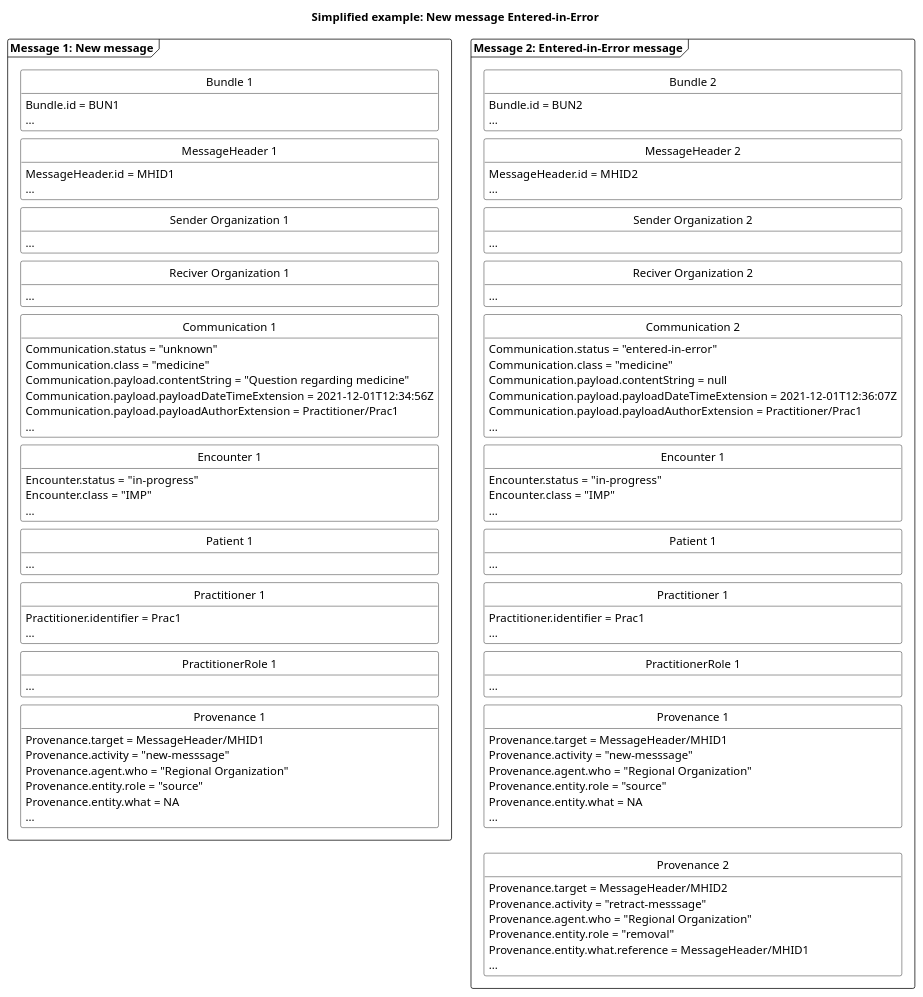
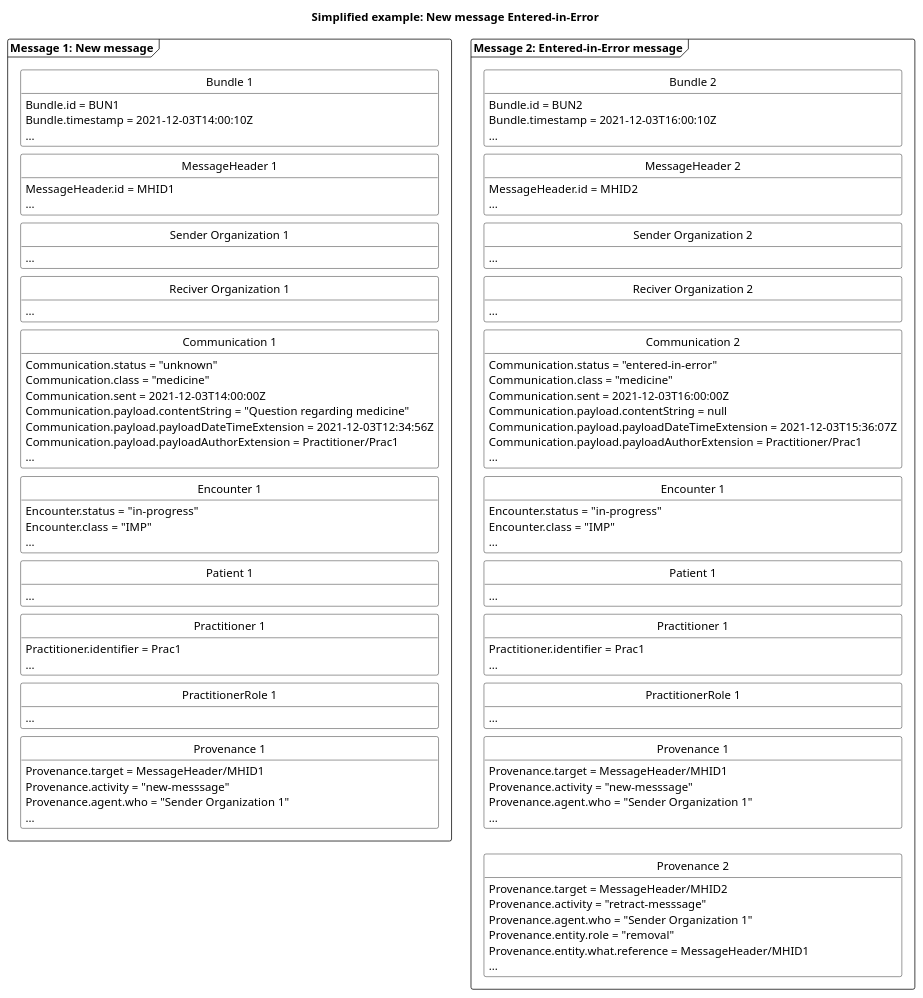
The diagram in puml/CareCommunicationNewMessageEnteredInError.puml (medcomdk/dk-medcom-carecommunication), drawn with PlantUML before and after one commit. The commit also changed 30 other files, not shown here.

```diff
--- a/puml/CareCommunicationNewMessageEnteredInError.puml
+++ b/puml/CareCommunicationNewMessageEnteredInError.puml
@@ -1,155 +1,155 @@
 @startuml CCNewMessageEnteredInError
 
 'layout
 skinparam class {
     BackgroundColor White
     BorderColor Black
     ArrowColor Black
   }
 hide circle
 hide empty members
 skinparam SameClassWidth true
 skinparam Ranksep 10
 
 
 'title
 title Simplified example: New message Entered-in-Error
 
 'Message 1: New message
 package "Message 1: New message" as new <<Frame>>{
     class "Bundle 1" as newB {
         Bundle.id = BUN1
+        Bundle.timestamp = 2021-12-03T14:00:10Z
         ...
     }
     class "MessageHeader 1" as newMH{
         MessageHeader.id = MHID1
         ...
     }
     class "Sender Organization 1" as newSOrg{
         ...
     }
     class "Reciver Organization 1" as newROrg{
         ...
     }
     class "Communication 1" as newCom{
         Communication.status = "unknown"
         Communication.class = "medicine"
+        Communication.sent = 2021-12-03T14:00:00Z
         Communication.payload.contentString = "Question regarding medicine"
-        Communication.payload.payloadDateTimeExtension = 2021-12-01T12:34:56Z
+        Communication.payload.payloadDateTimeExtension = 2021-12-03T12:34:56Z
         Communication.payload.payloadAuthorExtension = Practitioner/Prac1
         ...
     }
     class "Encounter 1" as newENC{
         Encounter.status = "in-progress"
         Encounter.class = "IMP"
         ...
     }
     class "Patient 1" as newPT{
         ...
     }
     class "Practitioner 1" as newPrac{
         Practitioner.identifier = Prac1
         ...
     }
     class "PractitionerRole 1" as newPracR{
         ...
     }
     class "Provenance 1" as newPRO{
         Provenance.target = MessageHeader/MHID1
         Provenance.activity = "new-messsage"
-        Provenance.agent.who = "Regional Organization"
-        Provenance.entity.role = "source"
-        Provenance.entity.what = NA
+        Provenance.agent.who = "Sender Organization 1"
         ...
     }
 
 newB -[hidden]- newMH
 newMH -[hidden]- newSOrg
 newSOrg-[hidden]-newROrg
 newROrg-[hidden]-newCom
 newCom -[hidden]- newENC
 newENC-[hidden]-newPT
 newPT-[hidden]-newPrac
 newPrac-[hidden]-newPracR
 newPracR-[hidden]-newPRO
 
 
 
 }
 
 'Message 2: Entered in Error message
 package "Message 2: Entered-in-Error message" as error <<Frame>>{
     class "Bundle 2" as errorB {
         Bundle.id = BUN2
+        Bundle.timestamp = 2021-12-03T16:00:10Z
         ...
     }
     class "MessageHeader 2" as errorMH{
         MessageHeader.id = MHID2
         ...
     }
     class "Sender Organization 2" as errorSOrg{
         ...
     }
     class "Reciver Organization 2" as errorROrg{
         ...
     }
     class "Communication 2" as newerrorCom{
         Communication.status = "entered-in-error"
         Communication.class = "medicine"
+        Communication.sent = 2021-12-03T16:00:00Z
         Communication.payload.contentString = null
-        Communication.payload.payloadDateTimeExtension = 2021-12-01T12:36:07Z
+        Communication.payload.payloadDateTimeExtension = 2021-12-03T15:36:07Z
         Communication.payload.payloadAuthorExtension = Practitioner/Prac1
         ...
     }
     class "Encounter 1" as newerrorENC{
         Encounter.status = "in-progress"
         Encounter.class = "IMP"
         ...
     }
     class "Patient 1" as newerrorPT{
         ...
     }
     class "Practitioner 1" as newerrorPrac{
         Practitioner.identifier = Prac1
         ...
     }
     class "PractitionerRole 1" as newerrorPracR{
         ...
     }
     class "Provenance 1" as newerrorPRO{
         Provenance.target = MessageHeader/MHID1
         Provenance.activity = "new-messsage"
-        Provenance.agent.who = "Regional Organization"
-        Provenance.entity.role = "source"
-        Provenance.entity.what = NA
+        Provenance.agent.who = "Sender Organization 1"
         ...
     }
     class "Provenance 2" as errorPRO{
         Provenance.target = MessageHeader/MHID2
         Provenance.activity = "retract-messsage"
-        Provenance.agent.who = "Regional Organization"
+        Provenance.agent.who = "Sender Organization 1"
         Provenance.entity.role = "removal"
         Provenance.entity.what.reference = MessageHeader/MHID1
         ...
     }
 
 errorB -[hidden]- errorMH
 errorMH -[hidden]- errorSOrg
 errorSOrg-[hidden]-errorROrg
 errorROrg-[hidden]-newerrorCom
 newerrorCom -[hidden]- newerrorENC
 newerrorENC-[hidden]-newerrorPT
 newerrorPT-[hidden]-newerrorPrac
 newerrorPrac-[hidden]-newerrorPracR
 newerrorPracR-[hidden]-newerrorPRO
 newerrorPRO-[hidden]-errorPRO
 
 
 
 }
 
 ' pile mellem de to beskeder
 ' admit --> finished
 
 
 @enduml
```
